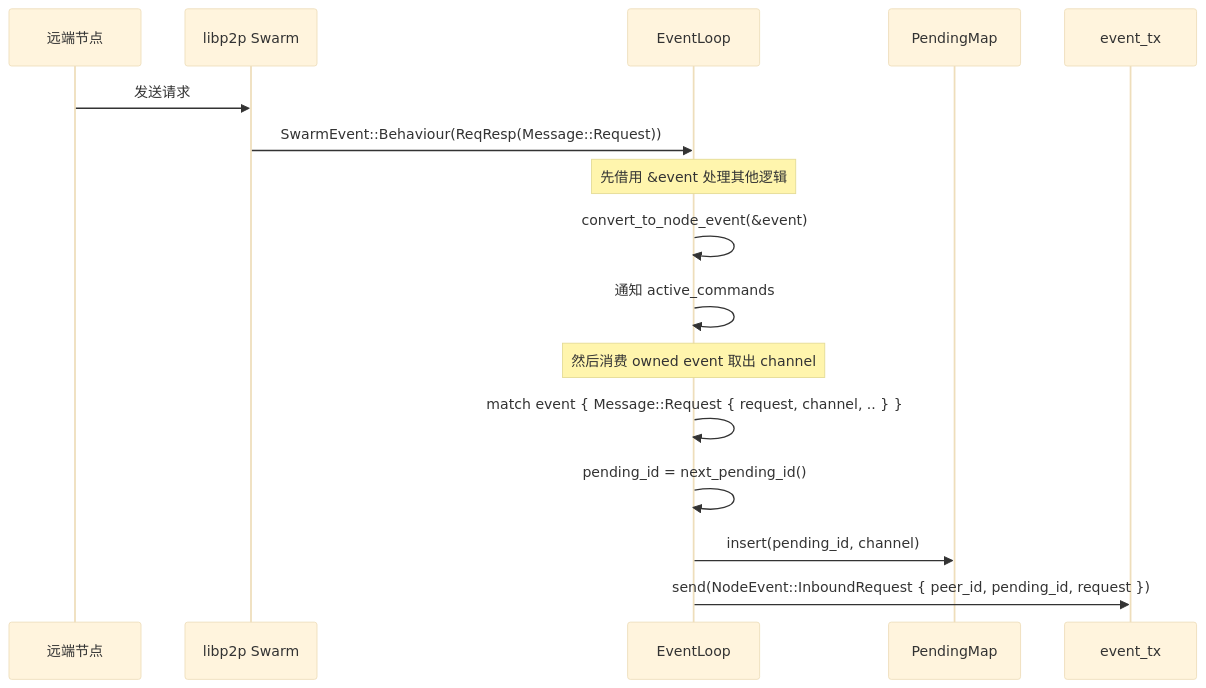
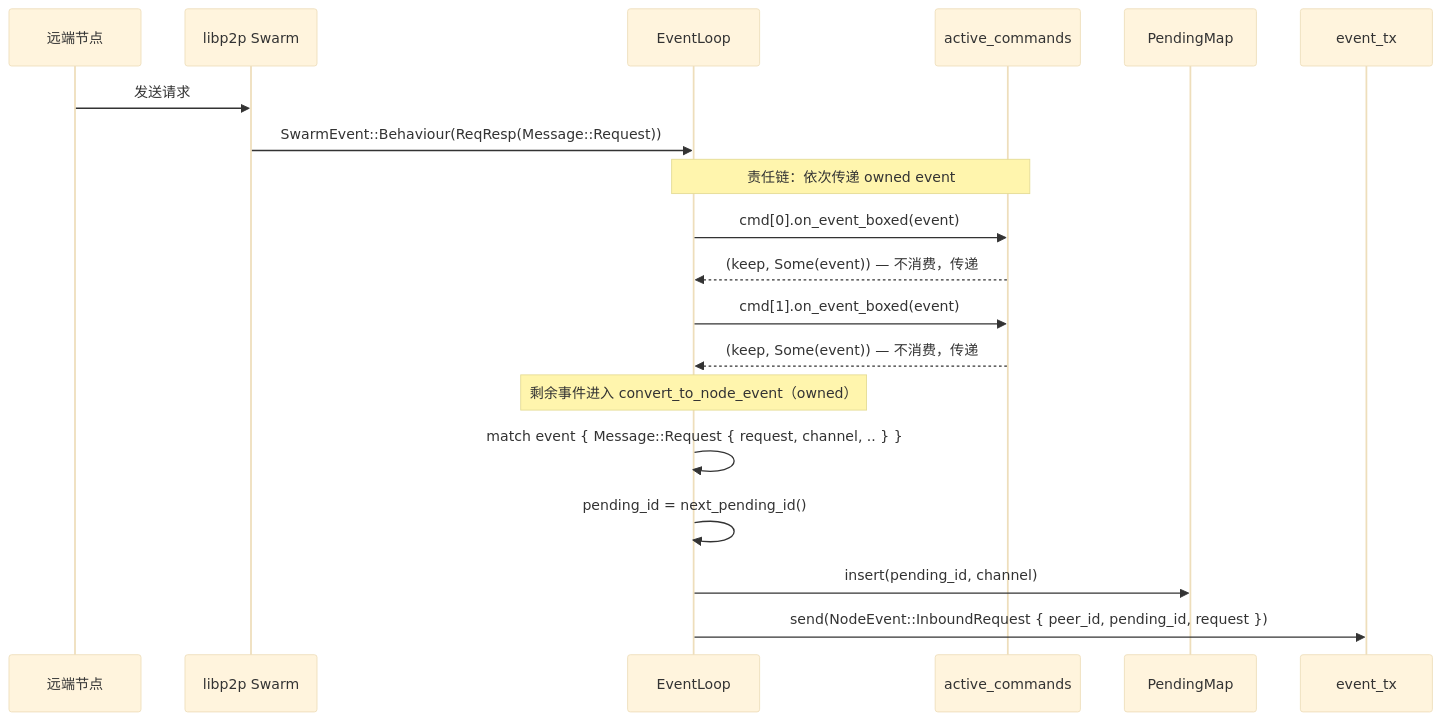
Before and after one commit to yexiyue/swarm-p2p: the seventh of 14 diagrams in docs/02-request-response-protocol.md, drawn with Mermaid (base theme). The commit also changed other lines of this file and 14 other files, not shown here.

Commit message:
docs: update command pattern and request-response docs for owned event chain-of-responsibility

````diff
--- a/docs/02-request-response-protocol.md
+++ b/docs/02-request-response-protocol.md
@@ -339,21 +345,24 @@
 ```mermaid
 sequenceDiagram
     participant Remote as 远端节点
     participant Swarm as libp2p Swarm
     participant EL as EventLoop
+    participant Cmds as active_commands
     participant PM as PendingMap
     participant TX as event_tx
 
     Remote->>Swarm: 发送请求
     Swarm->>EL: SwarmEvent::Behaviour(ReqResp(Message::Request))
 
-    Note over EL: 先借用 &event 处理其他逻辑
-    EL->>EL: convert_to_node_event(&event)
-    EL->>EL: 通知 active_commands
+    Note over EL,Cmds: 责任链：依次传递 owned event
+    EL->>Cmds: cmd[0].on_event_boxed(event)
+    Cmds-->>EL: (keep, Some(event)) — 不消费，传递
+    EL->>Cmds: cmd[1].on_event_boxed(event)
+    Cmds-->>EL: (keep, Some(event)) — 不消费，传递
 
-    Note over EL: 然后消费 owned event 取出 channel
+    Note over EL: 剩余事件进入 convert_to_node_event（owned）
     EL->>EL: match event { Message::Request { request, channel, .. } }
     EL->>EL: pending_id = next_pending_id()
     EL->>PM: insert(pending_id, channel)
     EL->>TX: send(NodeEvent::InboundRequest { peer_id, pending_id, request })
 ```
````
